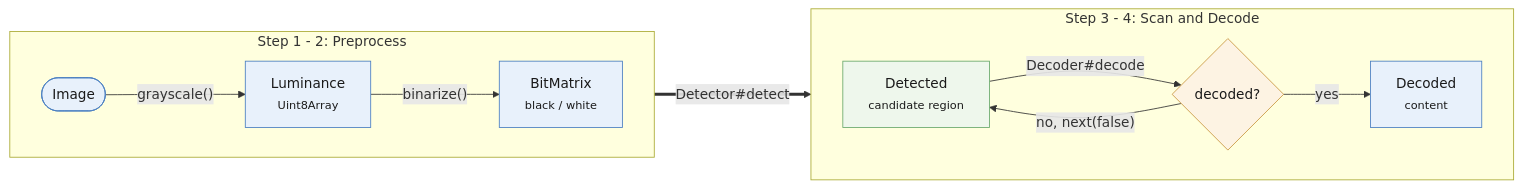
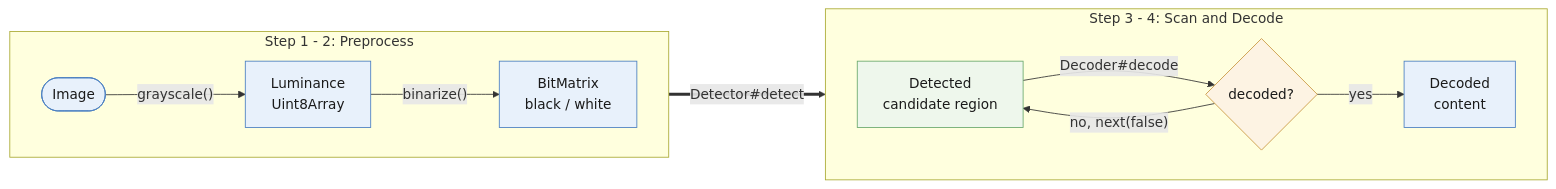
The diagram in README.md (nuintun/qrcode), drawn with Mermaid before and after one commit. The commit also changed 3 other files, not shown here.

Commit message:
fix: update line breaks in flowchart descriptions for clarity in English and Chinese README files

````diff
--- a/README.md
+++ b/README.md
@@ -274,27 +274,27 @@
 ```mermaid
 flowchart LR
   subgraph Preprocess ["Step 1 - 2: Preprocess"]
     direction LR
-    A([Image]) -->|"grayscale()"| B["Luminance<br><small>Uint8Array</small>"]
-    B -->|"binarize()"| C["BitMatrix<br><small>black / white</small>"]
+    A([Image]) -->|"grayscale()"| B["Luminance<br/>Uint8Array"]
+    B -->|"binarize()"| C["BitMatrix<br/>black / white"]
   end
 
   subgraph Scan ["Step 3 - 4: Scan and Decode"]
     direction LR
-    D["Detected<br><small>candidate region</small>"]
+    D["Detected<br/>candidate region"]
     E{"decoded?"}
-    F["Decoded<br><small>content</small>"]
+    F["Decoded<br/>content"]
   end
 
   C ==>|"Detector#detect"| D
   D -->|"Decoder#decode"| E
   E -->|"yes"| F
   E -->|"no, next(false)"| D
 
   classDef data fill:#e8f1fb,stroke:#4a7fc1,color:#1a1a1a
   classDef step fill:#eef7ec,stroke:#6aa96d,color:#1a1a1a
   classDef gate fill:#fdf3e3,stroke:#c9963f,color:#1a1a1a
   class A,B,C,F data
   class D step
   class E gate
 ```
````
